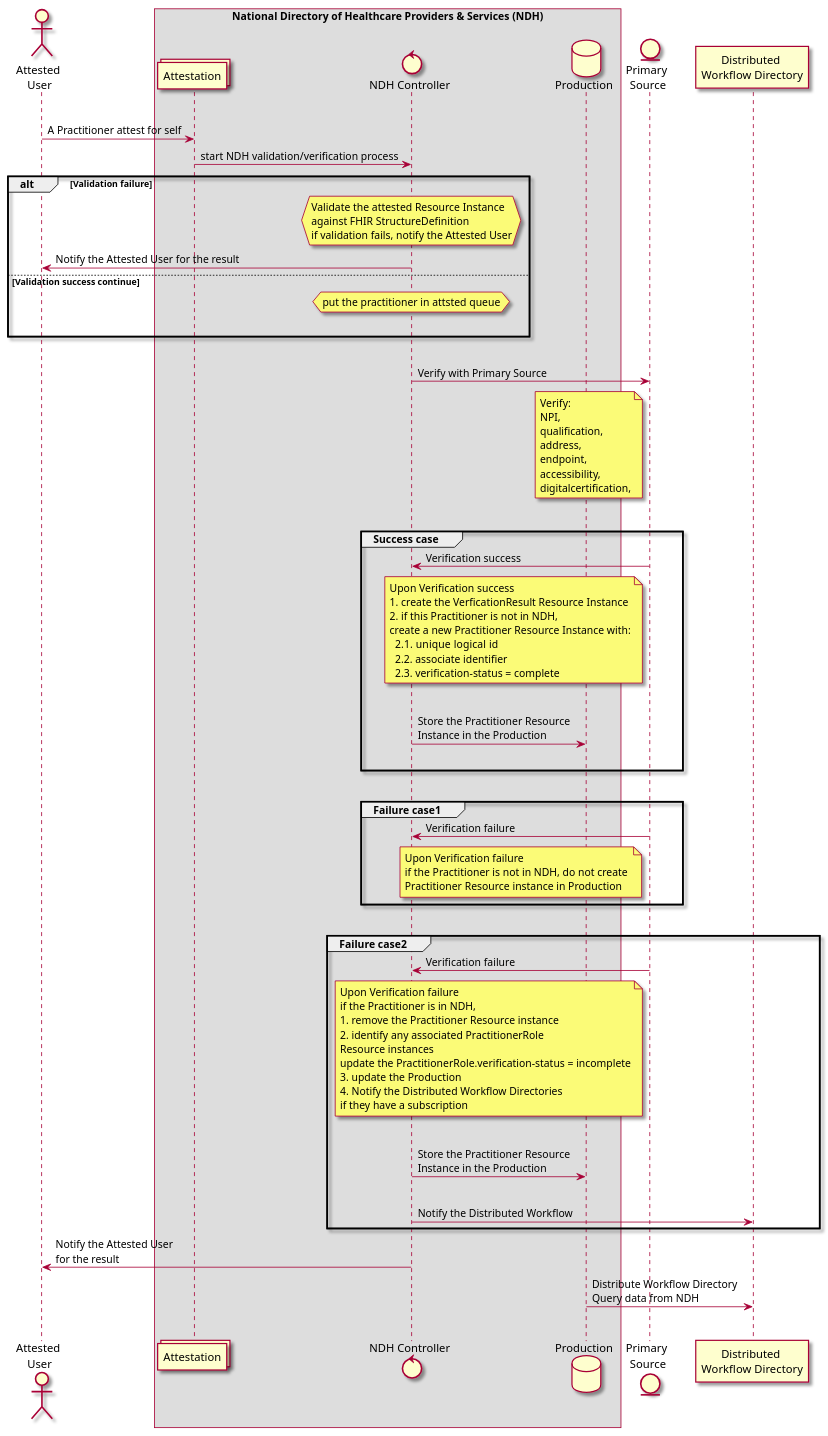
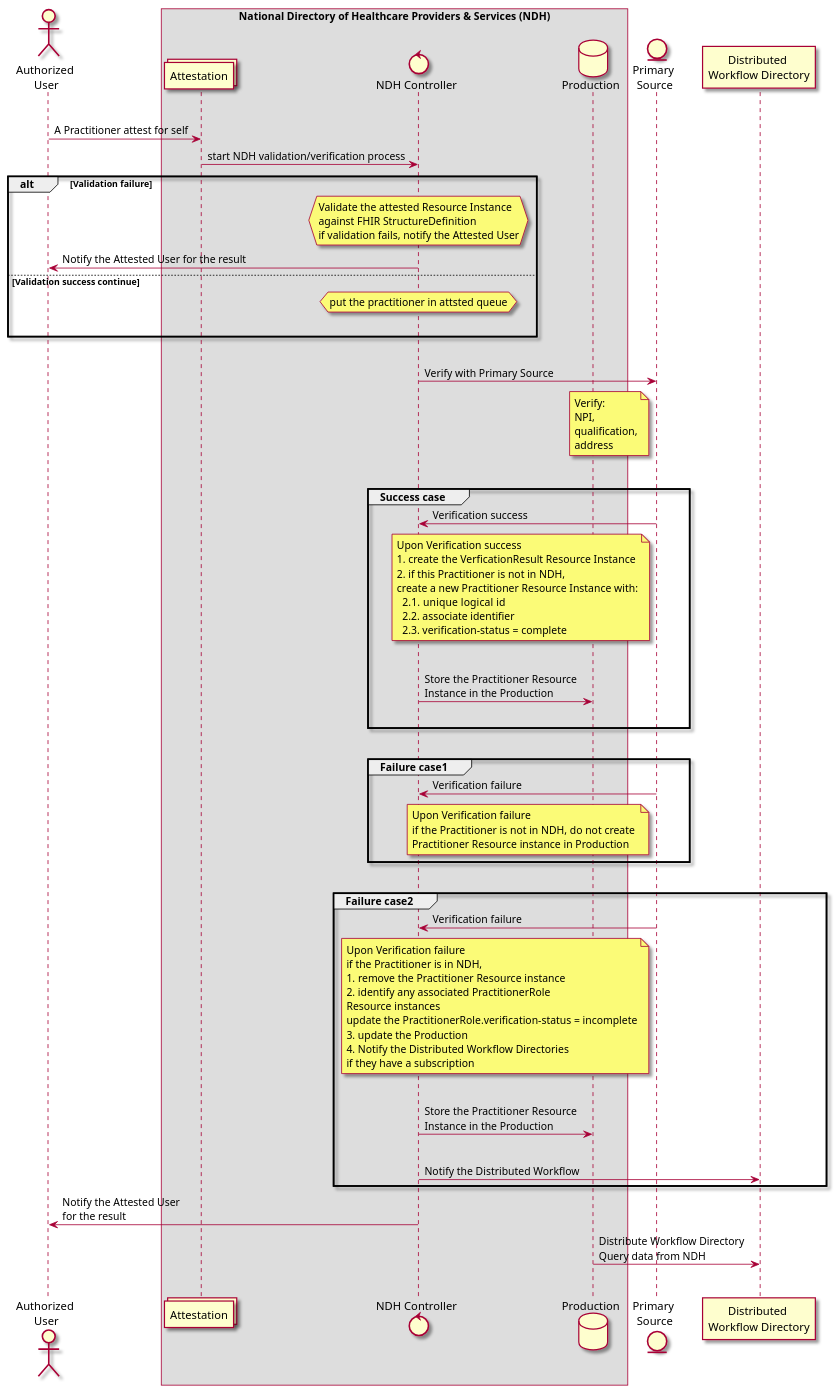
The diagram in input/images-source/AttestSelfAuthorized.plantuml (HL7/fhir-us-ndh), drawn with PlantUML before and after one commit. The commit also changed 13 other files, not shown here.

```diff
--- a/input/images-source/AttestSelfAuthorized.plantuml
+++ b/input/images-source/AttestSelfAuthorized.plantuml
@@ -1,94 +1,91 @@
 @startuml
 
 skin rose 
-actor "Attested \nUser" as AU
+actor "Authorized \nUser" as AU
 box National Directory of Healthcare Providers & Services (NDH)
     collections "Attestation" as AQ
     control "NDH Controller" as NC
     database "Production" as P
 end box
 entity "Primary \nSource" as PS
 participant "Distributed \nWorkflow Directory" as DWD
 |||
 AU -> AQ : A Practitioner attest for self
 AQ -> NC : start NDH validation/verification process
 
 alt Validation failure
 hnote over NC
   Validate the attested Resource Instance
   against FHIR StructureDefinition
   if validation fails, notify the Attested User
 end note
 NC -> AU : Notify the Attested User for the result
 else Validation success continue
 hnote over NC 
     put the practitioner in attsted queue
 end note
 |||
 end
 
 
 |||
 NC -> PS : Verify with Primary Source
 note left of PS
     Verify: 
     NPI,
     qualification,
-    address,
-    endpoint,
-    accessibility,
-    digitalcertification,
+    address
 end note
 |||
 
 group Success case
 PS -> NC : Verification success
 note left of PS
     Upon Verification success
     1. create the VerficationResult Resource Instance
     2. if this Practitioner is not in NDH, 
     create a new Practitioner Resource Instance with:
       2.1.  unique logical id
       2.2. associate identifier
       2.3. verification-status = complete
 end note
 |||
 
 NC -> P : Store the Practitioner Resource \nInstance in the Production
 |||
 end
 |||
 group Failure case1
 PS -> NC : Verification failure
 note left of PS
     Upon Verification failure
     if the Practitioner is not in NDH, do not create 
     Practitioner Resource instance in Production
 end note
 end
 |||
 group Failure case2
 PS -> NC : Verification failure
 note left of PS
     Upon Verification failure
     if the Practitioner is in NDH, 
     1. remove the Practitioner Resource instance 
     2. identify any associated PractitionerRole 
     Resource instances
     update the PractitionerRole.verification-status = incomplete
     3. update the Production
     4. Notify the Distributed Workflow Directories 
     if they have a subscription 
 end note
 |||
 NC -> P : Store the Practitioner Resource \nInstance in the Production
 |||
 NC -> DWD : Notify the Distributed Workflow
 end
 
 NC -> AU : Notify the Attested User \nfor the result
 
 P -> DWD : Distribute Workflow Directory \nQuery data from NDH
 |||
 
 @enduml
```
